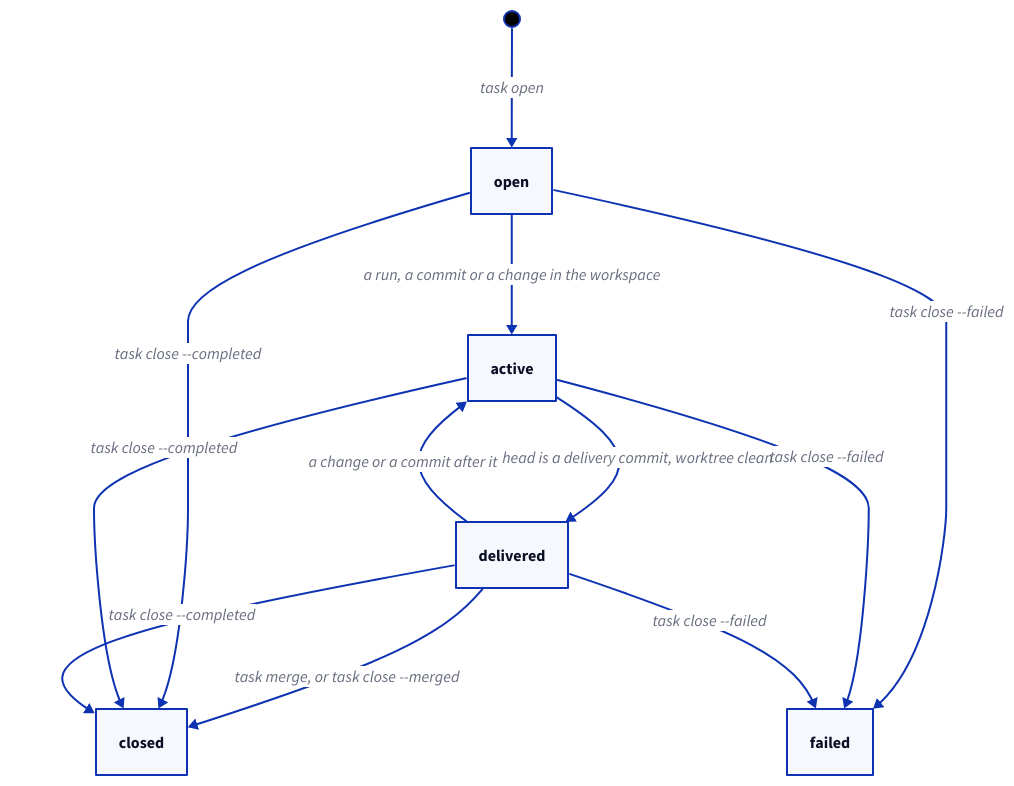
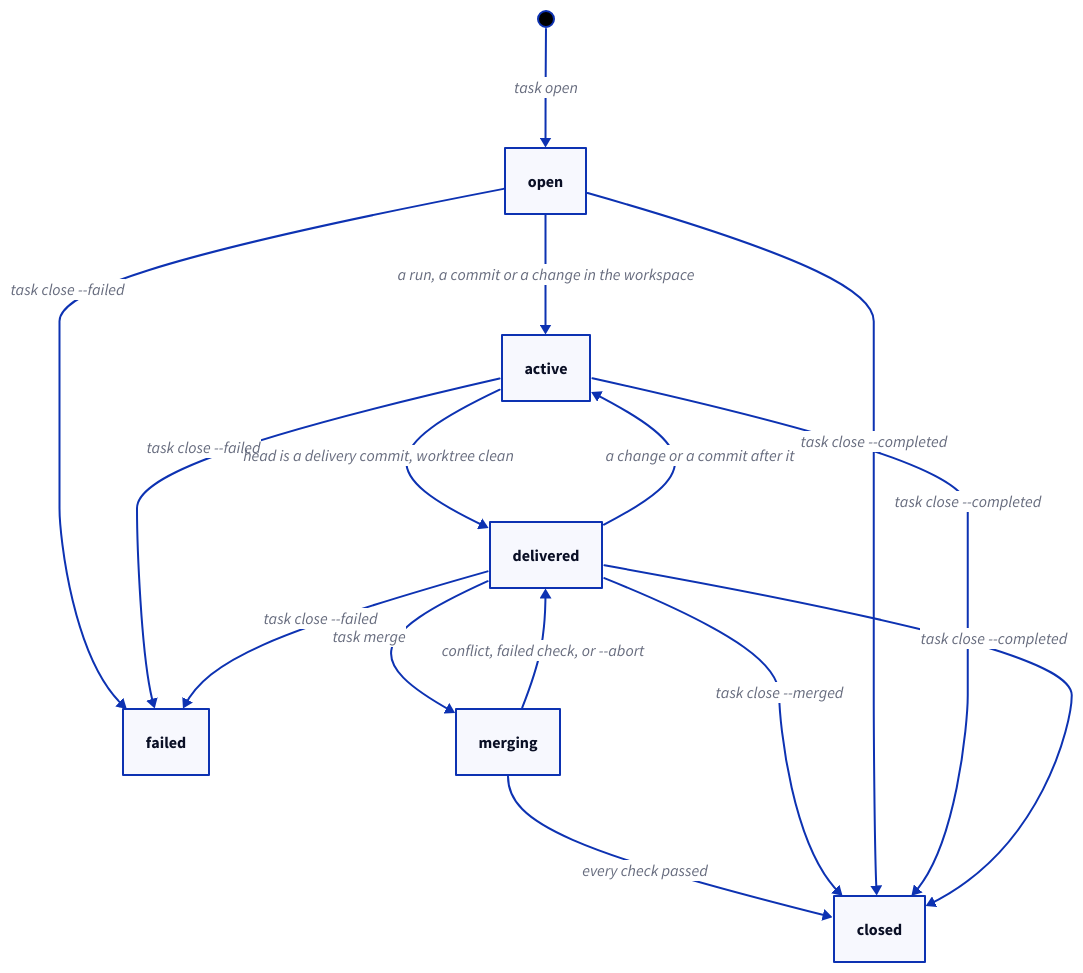
Before and after one commit to FTOD/concorde: the first of 3 diagrams in specs/concorde/coordination/tasks/module.md, drawn with D2. The commit also changed other lines of this file and 8 other files, not shown here.

First line of the commit message:
Make task merge and close safe against concurrent runs and interruption

````diff
--- a/specs/concorde/coordination/tasks/module.md
+++ b/specs/concorde/coordination/tasks/module.md
@@ -133,19 +136,23 @@
 ```d2 illustrative
 start: "" {shape: circle; width: 16; height: 16; style.fill: black}
 open
 active
 delivered
 closed
 failed
+merging
 start -> open: task open
 open -> active: a run, a commit or a change in the workspace
 active -> delivered: head is a delivery commit, worktree clean
 delivered -> active: a change or a commit after it
-delivered -> closed: task merge, or task close --merged
+delivered -> merging: task merge
+merging -> closed: every check passed
+merging -> delivered: conflict, failed check, or --abort
+delivered -> closed: task close --merged
 open -> closed: task close --completed
 active -> closed: task close --completed
 delivered -> closed: task close --completed
 open -> failed: task close --failed
 active -> failed: task close --failed
 delivered -> failed: task close --failed
 ```
````
